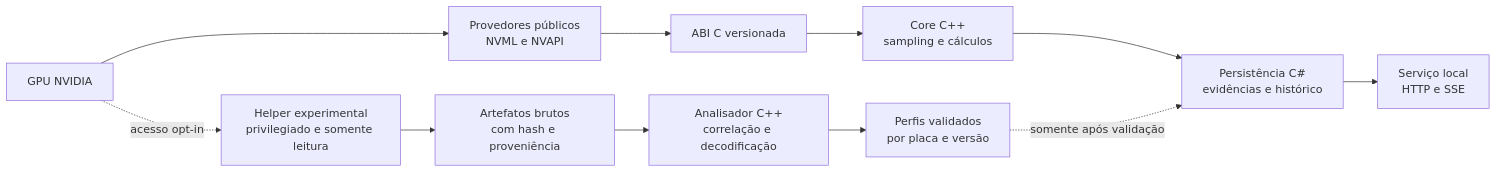
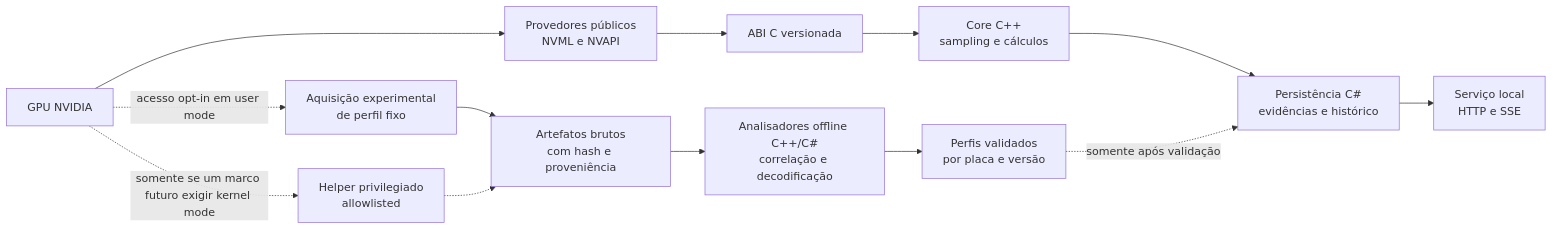
The diagram in docs/ROADMAP.md (enoquesousa/rtx-monitor), drawn with Mermaid before and after one commit. The commit also changed other lines of this file and 68 other files, not shown here.

First line of the commit message:
Codex/roadmap windows provider (#10)

````diff
--- a/docs/ROADMAP.md
+++ b/docs/ROADMAP.md
@@ -19,14 +19,16 @@
 ```mermaid
 flowchart LR
     GPU["GPU NVIDIA"] --> PUBLIC["Provedores públicos<br/>NVML e NVAPI"]
     PUBLIC --> ABI["ABI C versionada"]
     ABI --> CORE["Core C++<br/>sampling e cálculos"]
     CORE --> STORE["Persistência C#<br/>evidências e histórico"]
     STORE --> SERVICE["Serviço local<br/>HTTP e SSE"]
 
-    GPU -. acesso opt-in .-> HELPER["Helper experimental<br/>privilegiado e somente leitura"]
-    HELPER --> RAW["Artefatos brutos<br/>com hash e proveniência"]
-    RAW --> ANALYZER["Analisador C++<br/>correlação e decodificação"]
+    GPU -. acesso opt-in em user mode .-> LAB["Aquisição experimental<br/>de perfil fixo"]
+    LAB --> RAW["Artefatos brutos<br/>com hash e proveniência"]
+    GPU -. somente se um marco futuro exigir kernel mode .-> HELPER["Helper privilegiado<br/>allowlisted"]
+    HELPER -.-> RAW
+    RAW --> ANALYZER["Analisadores offline C++/C#<br/>correlação e decodificação"]
     ANALYZER --> PROFILES["Perfis validados<br/>por placa e versão"]
     PROFILES -. somente após validação .-> STORE
 ```
````
